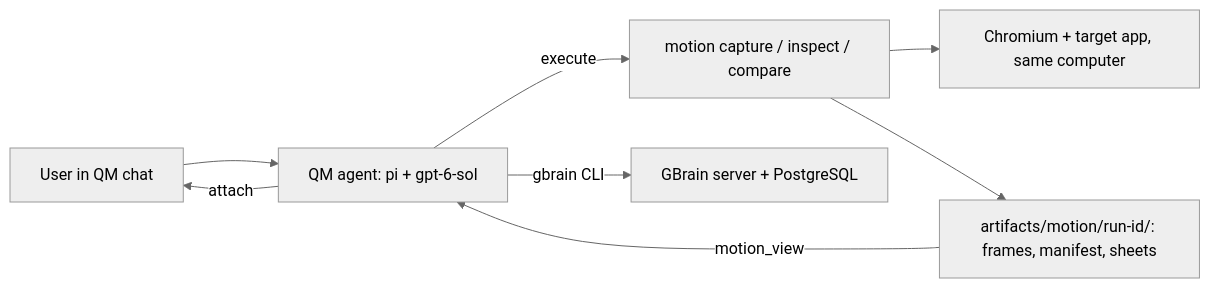
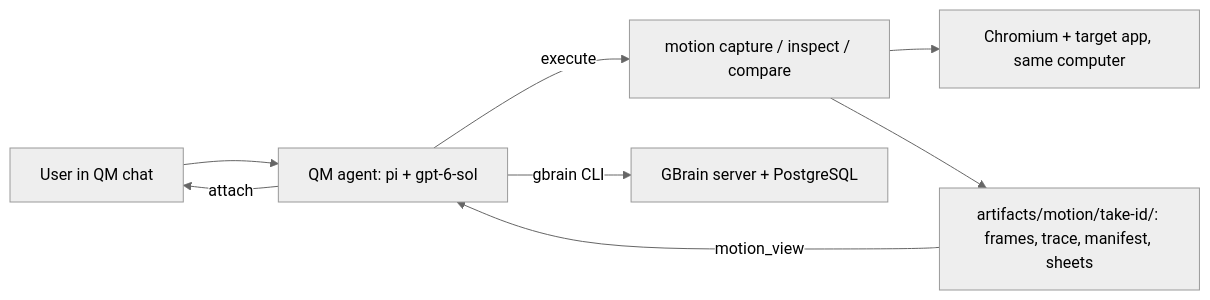
The diagram in docs/architecture.md (charliec2004/qm-motion), drawn with Mermaid (neutral theme) before and after one commit. The commit also changed other lines of this file and 6 other files, not shown here.

````diff
--- a/docs/architecture.md
+++ b/docs/architecture.md
@@ -35,10 +35,10 @@
 ```mermaid
 flowchart LR
     User[User in QM chat] --> Agent[QM agent: pi + gpt-6-sol]
     Agent -- execute --> CLI[motion capture / inspect / compare]
     CLI --> Chrome[Chromium + target app, same computer]
-    CLI --> Files[artifacts/motion/run-id/: frames, manifest, sheets]
+    CLI --> Files[artifacts/motion/take-id/: frames, trace, manifest, sheets]
     Files -- motion_view --> Agent
     Agent -- attach --> User
     Agent -- gbrain CLI --> Brain[GBrain server + PostgreSQL]
 ```
````
